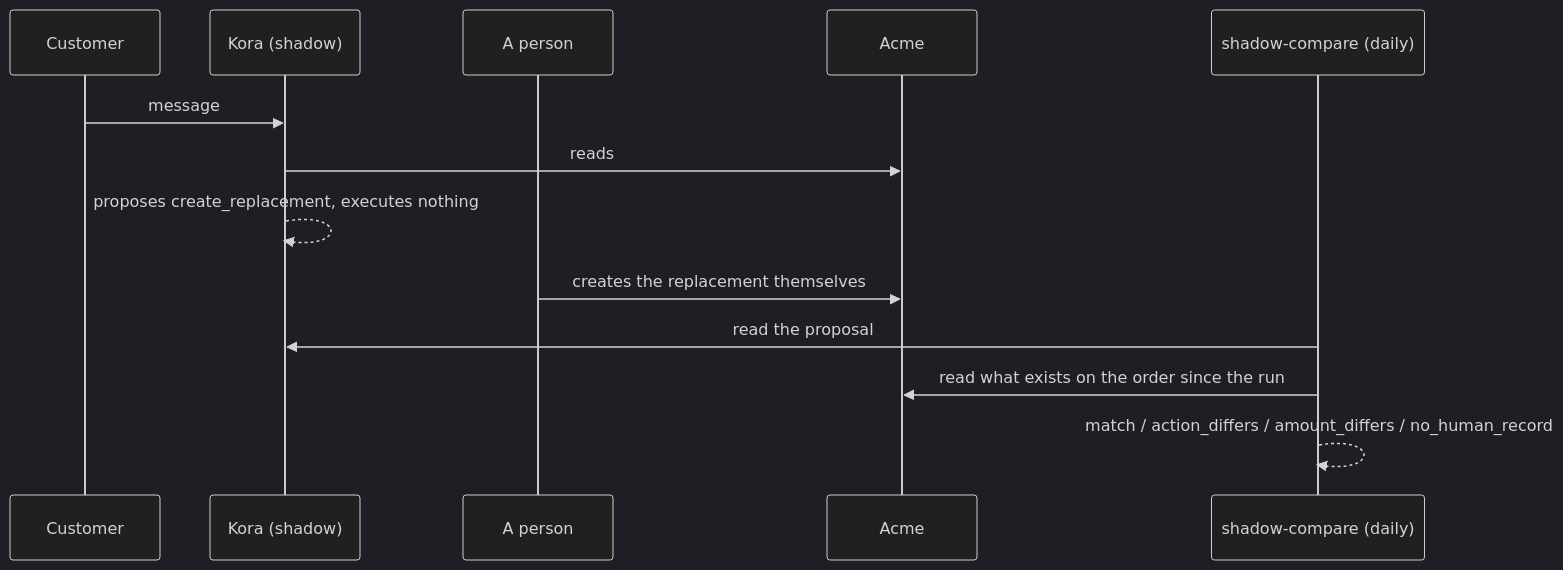
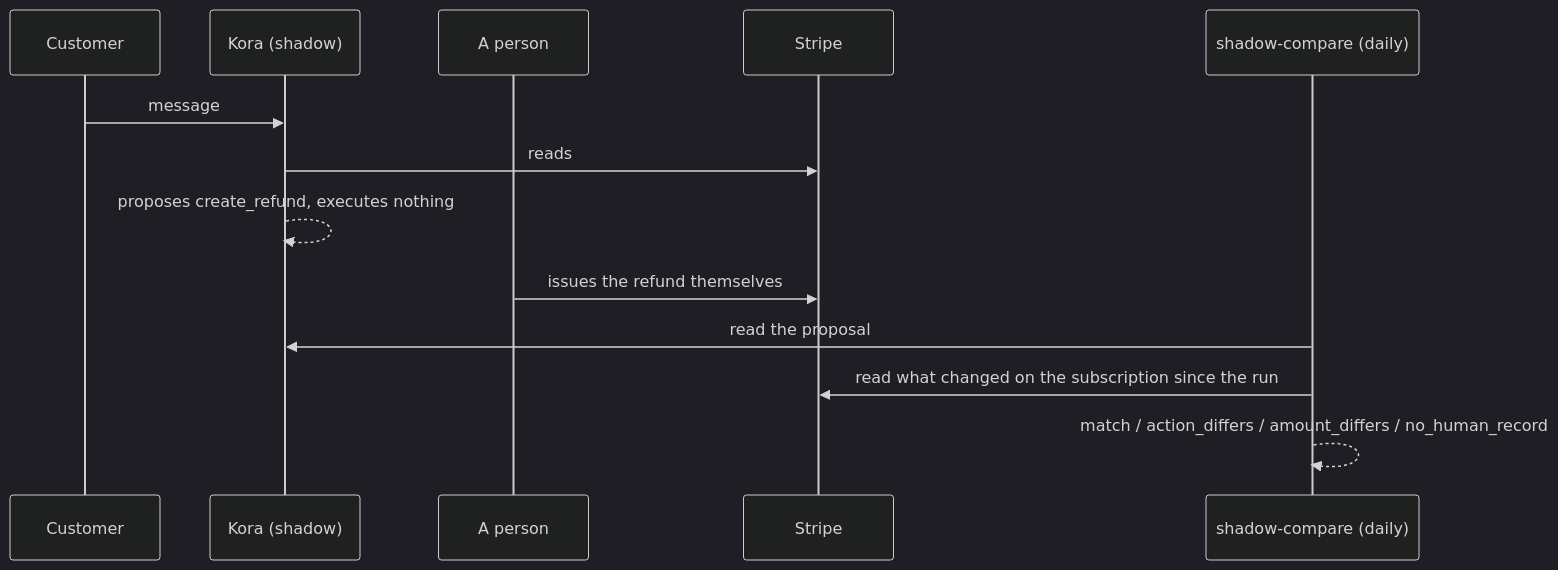
The second of 2 diagrams in docs/06-backend/deployment-ladder.md (prawesh-12/kora), drawn with Mermaid (dark theme) before and after one commit. The commit also changed other lines of this file and 20 other files, not shown here.

````diff
--- a/docs/06-backend/deployment-ladder.md
+++ b/docs/06-backend/deployment-ladder.md
@@ -67,16 +67,16 @@
 ```mermaid
 sequenceDiagram
     participant C as Customer
     participant K as Kora (shadow)
     participant H as A person
-    participant A as Acme
+    participant S as Stripe
     participant J as shadow-compare (daily)
 
     C->>K: message
-    K->>A: reads
-    K-->>K: proposes create_replacement, executes nothing
-    H->>A: creates the replacement themselves
+    K->>S: reads
+    K-->>K: proposes create_refund, executes nothing
+    H->>S: issues the refund themselves
     J->>K: read the proposal
-    J->>A: read what exists on the order since the run
+    J->>S: read what changed on the subscription since the run
     J-->>J: match / action_differs / amount_differs / no_human_record
 ```
````
